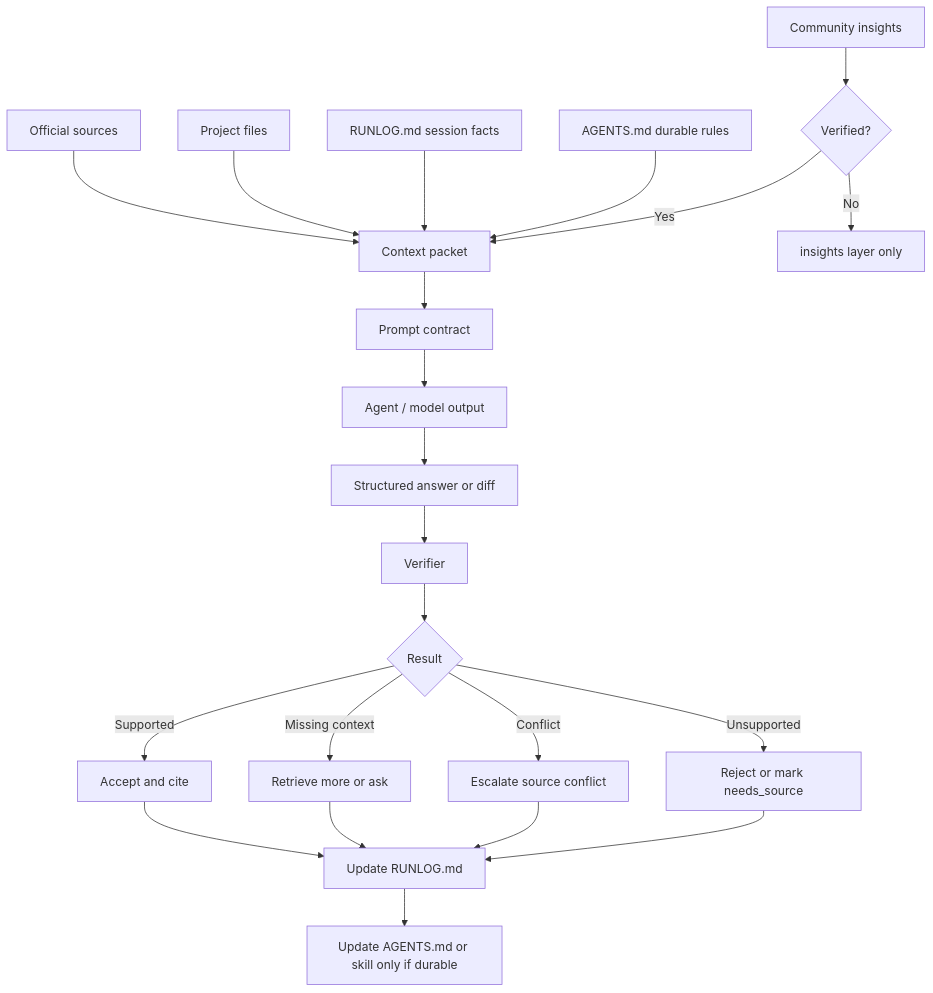
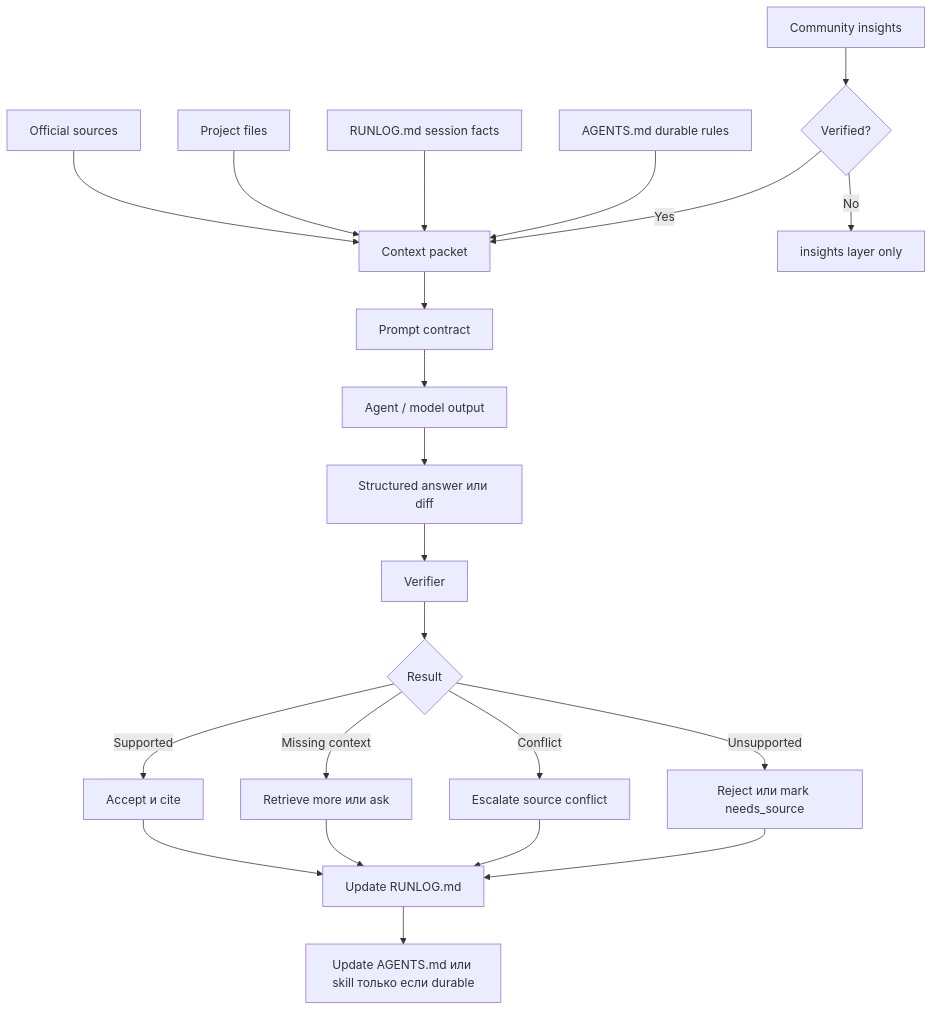
Before and after one commit to alexroadcaster/product-agent-os: the diagram in docs/diagrams/context-memory-verification.md, drawn with Mermaid. The commit also changed other lines of this file and 447 other files, not shown here.

````diff
--- a/docs/diagrams/context-memory-verification.md
+++ b/docs/diagrams/context-memory-verification.md
@@ -9,24 +9,24 @@
 ```mermaid
 flowchart TD
     A["Official sources"] --> D["Context packet"]
     B["Project files"] --> D
     C["RUNLOG.md session facts"] --> D
     E["AGENTS.md durable rules"] --> D
     F["Community insights"] --> G{"Verified?"}
     G -->|Yes| D
     G -->|No| H["insights layer only"]
     D --> I["Prompt contract"]
     I --> J["Agent / model output"]
-    J --> K["Structured answer or diff"]
+    J --> K["Structured answer или diff"]
     K --> L["Verifier"]
     L --> M{"Result"}
-    M -->|Supported| N["Accept and cite"]
-    M -->|Missing context| O["Retrieve more or ask"]
+    M -->|Supported| N["Accept и cite"]
+    M -->|Missing context| O["Retrieve more или ask"]
     M -->|Conflict| P["Escalate source conflict"]
-    M -->|Unsupported| Q["Reject or mark needs_source"]
+    M -->|Unsupported| Q["Reject или mark needs_source"]
     N --> R["Update RUNLOG.md"]
     O --> R
     P --> R
     Q --> R
-    R --> S["Update AGENTS.md or skill only if durable"]
+    R --> S["Update AGENTS.md или skill только если durable"]
 ```
````
